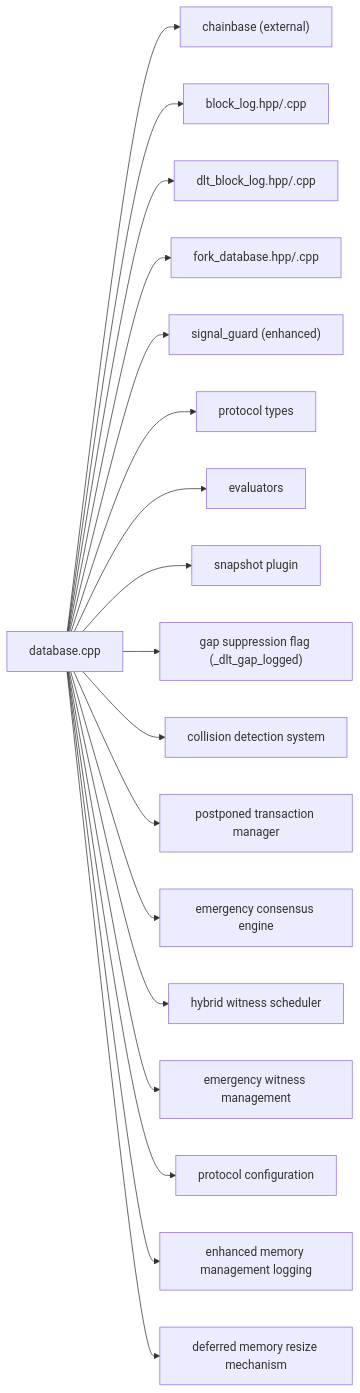
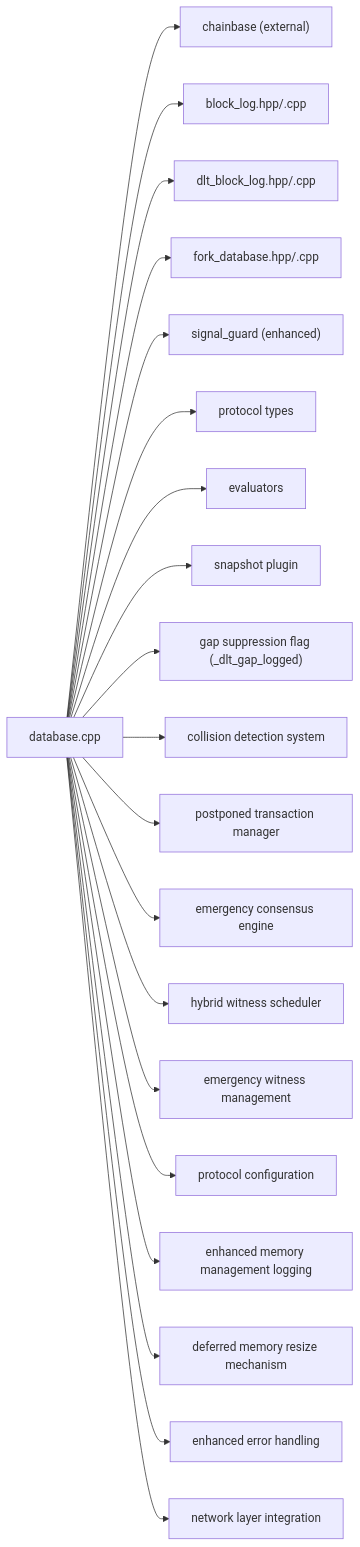
Before and after one commit to VIZ-Blockchain/viz-cpp-node: diagram 22 of 22 in .qoder/repowiki/en/content/Architecture Overview/Core Libraries/Chain Library/Database Management/Database Management.md, drawn with Mermaid. The commit also changed other lines of this file and 6 other files, not shown here.

````diff
--- a/.qoder/repowiki/en/content/Architecture Overview/Core Libraries/Chain Library/Database Management/Database Management.md
+++ b/.qoder/repowiki/en/content/Architecture Overview/Core Libraries/Chain Library/Database Management/Database Management.md
@@ -1046,20 +1084,22 @@
 ```mermaid
 graph LR
 DB["database.cpp"] --> CB["chainbase (external)"]
 DB --> BL["block_log.hpp/.cpp"]
 DB --> DLT["dlt_block_log.hpp/.cpp"]
 DB --> FD["fork_database.hpp/.cpp"]
 DB --> SG["signal_guard (enhanced)"]
 DB --> PT["protocol types"]
 DB --> EV["evaluators"]
 DB --> SNAP["snapshot plugin"]
 DB --> GAP["gap suppression flag (_dlt_gap_logged)"]
 DB --> COLL["collision detection system"]
 DB --> POST["postponed transaction manager"]
 DB --> EMER["emergency consensus engine"]
 DB --> HYBRID["hybrid witness scheduler"]
 DB --> WITNESS["emergency witness management"]
 DB --> PROTO["protocol configuration"]
 DB --> MEMLOG["enhanced memory management logging"]
 DB --> DEFER["deferred memory resize mechanism"]
+DB --> ERROR["enhanced error handling"]
+DB --> NETWORK["network layer integration"]
 ```
````
